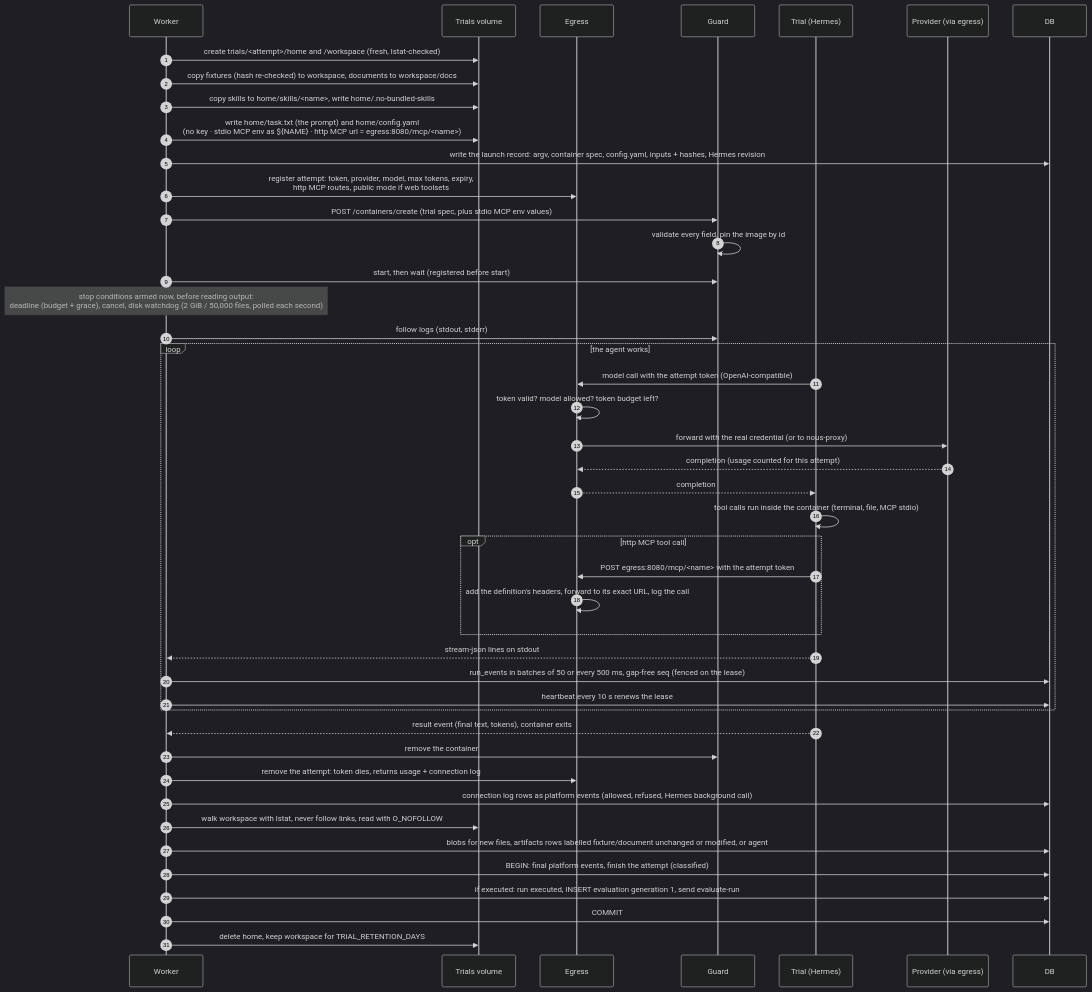
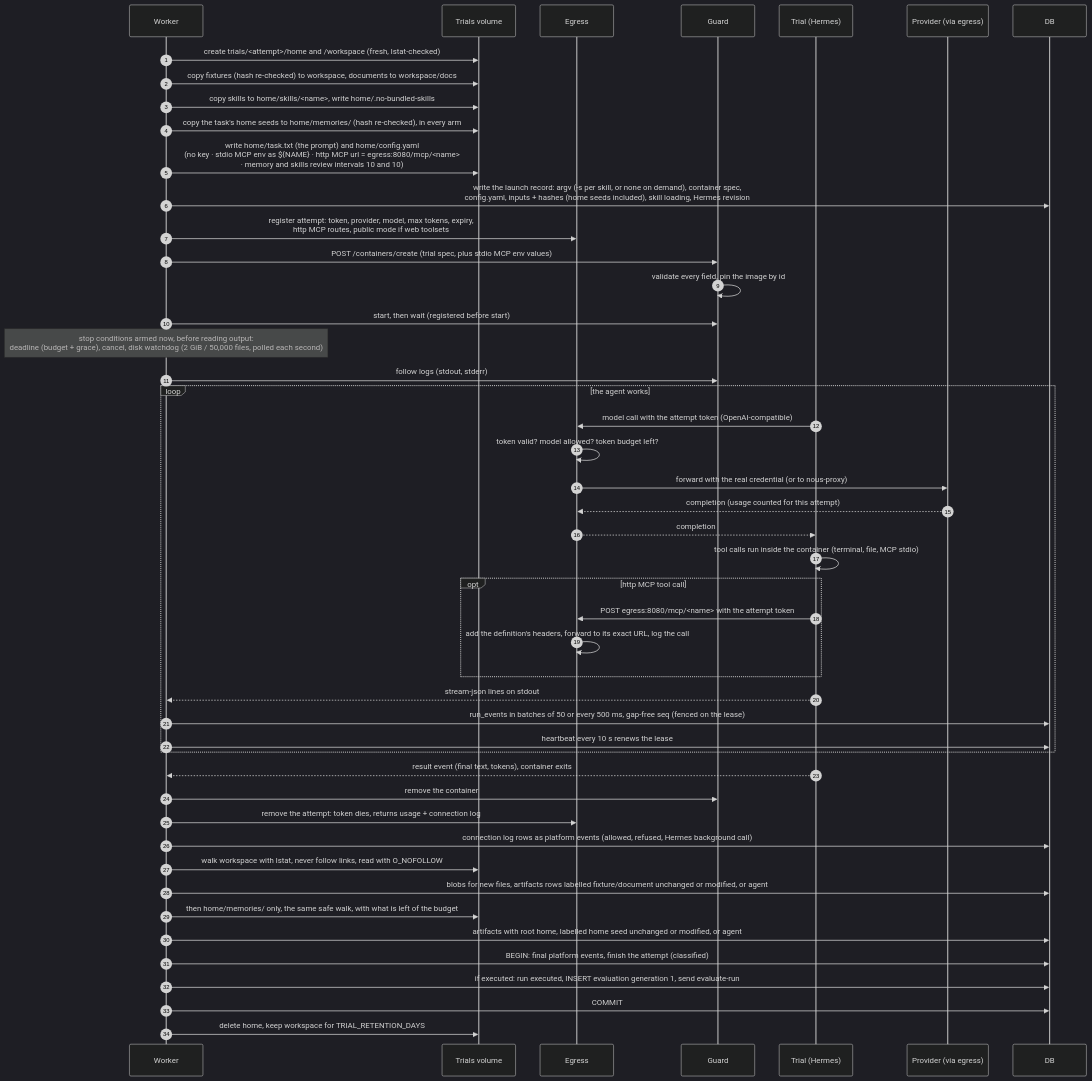
Diagram 27 of 38 in UI_FLOWS.md (sasuke007/hermes-evals), drawn with Mermaid (dark theme) before and after one commit. The commit also changed other lines of this file and 256 other files, not shown here.

````diff
--- a/UI_FLOWS.md
+++ b/UI_FLOWS.md
@@ -966,48 +980,51 @@
 ```mermaid
 sequenceDiagram
   autonumber
   participant WK as Worker
   participant V as Trials volume
   participant E as Egress
   participant G as Guard
   participant T as Trial (Hermes)
   participant P as Provider (via egress)
   participant DB as DB
 
   WK->>V: create trials/<attempt>/home and /workspace (fresh, lstat-checked)
   WK->>V: copy fixtures (hash re-checked) to workspace, documents to workspace/docs
   WK->>V: copy skills to home/skills/<name>, write home/.no-bundled-skills
-  WK->>V: write home/task.txt (the prompt) and home/config.yaml<br/>(no key · stdio MCP env as ${NAME} · http MCP url = egress:8080/mcp/<name>)
-  WK->>DB: write the launch record: argv, container spec, config.yaml, inputs + hashes, Hermes revision
+  WK->>V: copy the task's home seeds to home/memories/ (hash re-checked), in every arm
+  WK->>V: write home/task.txt (the prompt) and home/config.yaml<br/>(no key · stdio MCP env as ${NAME} · http MCP url = egress:8080/mcp/<name><br/>· memory and skills review intervals 10 and 10)
+  WK->>DB: write the launch record: argv (-s per skill, or none on demand), container spec,<br/>config.yaml, inputs + hashes (home seeds included), skill loading, Hermes revision
   WK->>E: register attempt: token, provider, model, max tokens, expiry,<br/>http MCP routes, public mode if web toolsets
   WK->>G: POST /containers/create (trial spec, plus stdio MCP env values)
   G->>G: validate every field, pin the image by id
   WK->>G: start, then wait (registered before start)
   Note over WK: stop conditions armed now, before reading output:<br/>deadline (budget + grace), cancel, disk watchdog (2 GiB / 50,000 files, polled each second)
   WK->>G: follow logs (stdout, stderr)
   loop the agent works
     T->>E: model call with the attempt token (OpenAI-compatible)
     E->>E: token valid? model allowed? token budget left?
     E->>P: forward with the real credential (or to nous-proxy)
     P-->>E: completion (usage counted for this attempt)
     E-->>T: completion
     T->>T: tool calls run inside the container (terminal, file, MCP stdio)
     opt http MCP tool call
       T->>E: POST egress:8080/mcp/<name> with the attempt token
       E->>E: add the definition's headers, forward to its exact URL, log the call
     end
     T-->>WK: stream-json lines on stdout
     WK->>DB: run_events in batches of 50 or every 500 ms, gap-free seq (fenced on the lease)
     WK->>DB: heartbeat every 10 s renews the lease
   end
   T-->>WK: result event (final text, tokens), container exits
   WK->>G: remove the container
   WK->>E: remove the attempt: token dies, returns usage + connection log
   WK->>DB: connection log rows as platform events (allowed, refused, Hermes background call)
   WK->>V: walk workspace with lstat, never follow links, read with O_NOFOLLOW
   WK->>DB: blobs for new files, artifacts rows labelled fixture/document unchanged or modified, or agent
+  WK->>V: then home/memories/ only, the same safe walk, with what is left of the budget
+  WK->>DB: artifacts with root home, labelled home seed unchanged or modified, or agent
   WK->>DB: BEGIN: final platform events, finish the attempt (classified)
   WK->>DB: if executed: run executed, INSERT evaluation generation 1, send evaluate-run
   WK->>DB: COMMIT
   WK->>V: delete home, keep workspace for TRIAL_RETENTION_DAYS
 ```
````
